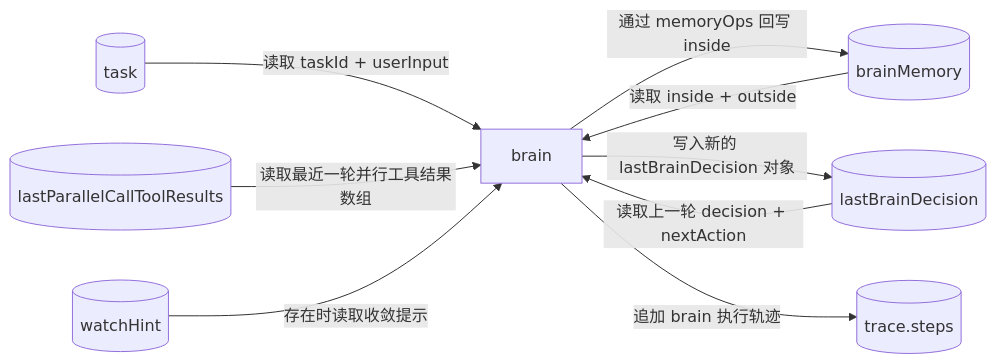
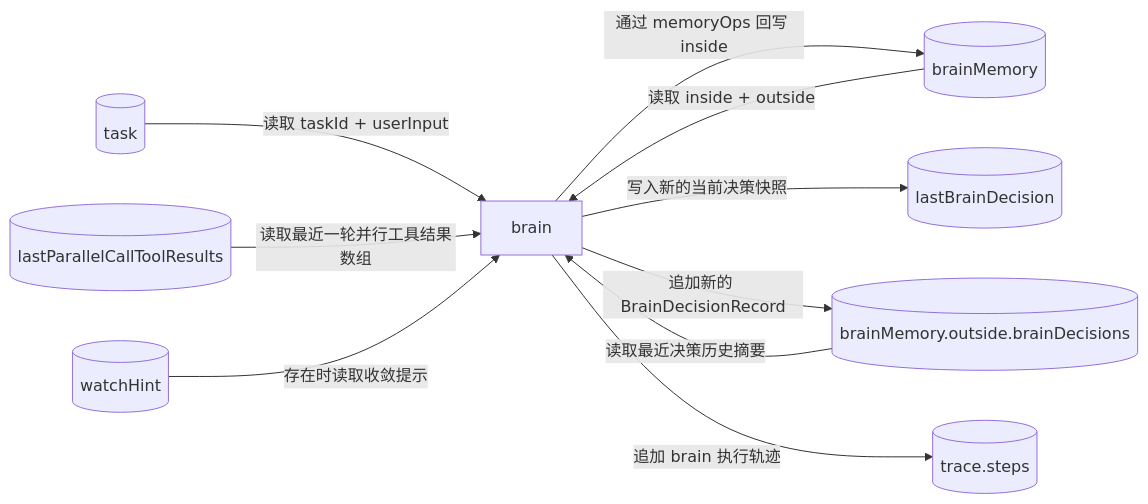
One commit to Yoan98/Ncurator changed the third of 6 diagrams in doc/ai-design/data-definition-and-flow.md. Above: the diagram before and after it, drawn with Mermaid. The commit also changed other lines of this file and 6 other files, not shown here.

````diff
--- a/doc/ai-design/data-definition-and-flow.md
+++ b/doc/ai-design/data-definition-and-flow.md
@@ -388,19 +360,21 @@
 ```mermaid
 flowchart LR
     T[("task")]
     BM[("brainMemory")]
     LTR[("lastParallelCallToolResults")]
     LBD[("lastBrainDecision")]
+    BD[("brainMemory.outside.brainDecisions")]
     WH[("watchHint")]
     B["brain"]
     TR[("trace.steps")]
 
     T -->|读取 taskId + userInput| B
     BM -->|读取 inside + outside| B
     LTR -->|读取最近一轮并行工具结果数组| B
-    LBD -->|读取上一轮 decision + nextAction| B
+    BD -->|读取最近决策历史摘要| B
     WH -->|存在时读取收敛提示| B
     B -->|通过 memoryOps 回写 inside| BM
-    B -->|写入新的 lastBrainDecision 对象| LBD
+    B -->|写入新的当前决策快照| LBD
+    B -->|追加新的 BrainDecisionRecord| BD
     B -->|追加 brain 执行轨迹| TR
 ```
````
